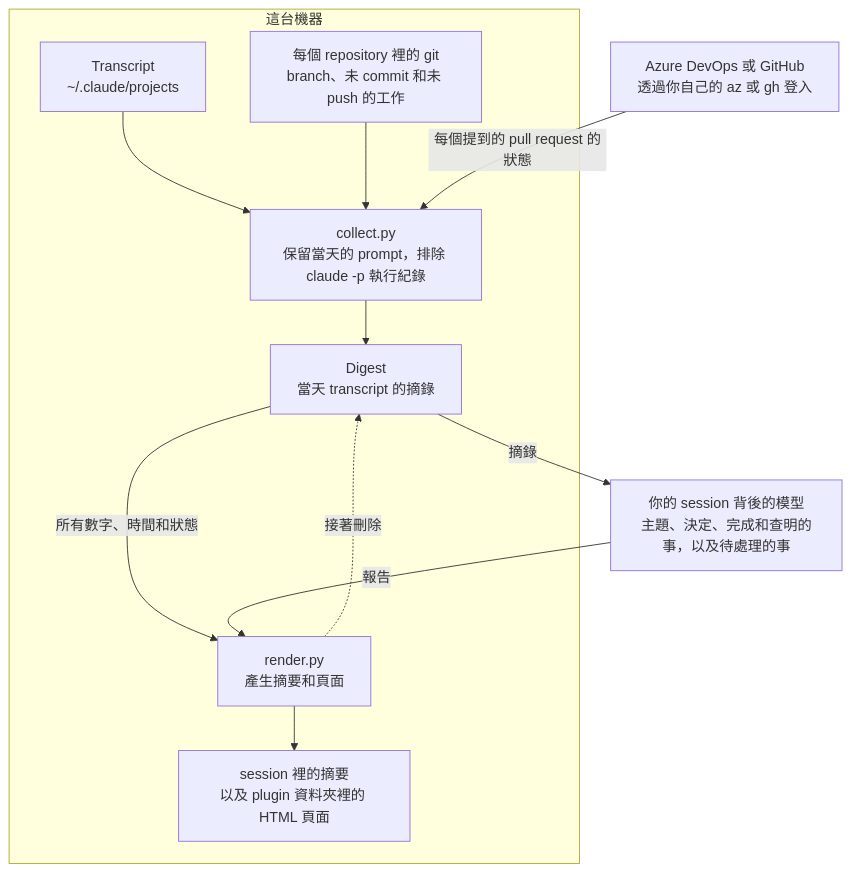
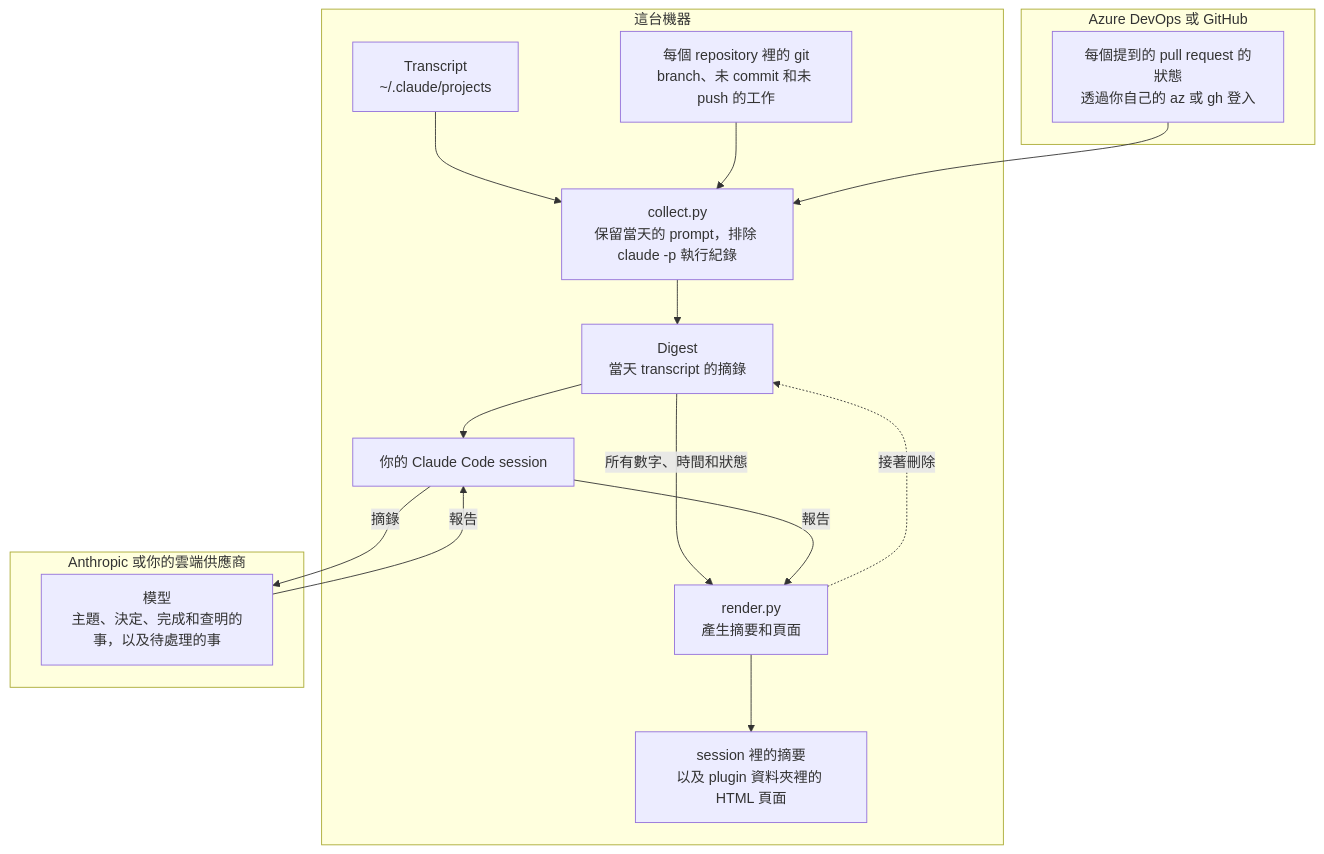
One commit to softwareone-platform/tundra changed the diagram in plugins/remind-me/README.zh-TW.md. Above: the diagram before and after it, drawn with Mermaid. The commit also changed other lines of this file and 11 other files, not shown here.

````diff
--- a/plugins/remind-me/README.zh-TW.md
+++ b/plugins/remind-me/README.zh-TW.md
@@ -36,14 +41,22 @@
 ```mermaid
 flowchart TB
     subgraph machine["這台機器"]
         transcripts["Transcript<br>~/.claude/projects"] --> collect
         git["每個 repository 裡的 git<br>branch、未 commit 和未 push 的工作"] --> collect
         collect["collect.py<br>保留當天的 prompt，排除 claude -p 執行紀錄"] --> digest["Digest<br>當天 transcript 的摘錄"]
+        digest --> session["你的 Claude Code session"]
         digest -- 所有數字、時間和狀態 --> render["render.py<br>產生摘要和頁面"]
+        session -- 報告 --> render
         render --> page["session 裡的摘要<br>以及 plugin 資料夾裡的 HTML 頁面"]
         render -. 接著刪除 .-> digest
     end
-    remote["Azure DevOps 或 GitHub<br>透過你自己的 az 或 gh 登入"] -- 每個提到的 pull request 的狀態 --> collect
-    digest -- 摘錄 --> model["你的 session 背後的模型<br>主題、決定、完成和查明的事，以及待處理的事"]
-    model -- 報告 --> render
+    subgraph provider["Anthropic 或你的雲端供應商"]
+        model["模型<br>主題、決定、完成和查明的事，以及待處理的事"]
+    end
+    subgraph host["Azure DevOps 或 GitHub"]
+        remote["每個提到的 pull request 的狀態<br>透過你自己的 az 或 gh 登入"]
+    end
+    session -- 摘錄 --> model
+    model -- 報告 --> session
+    remote --> collect
 ```
````
